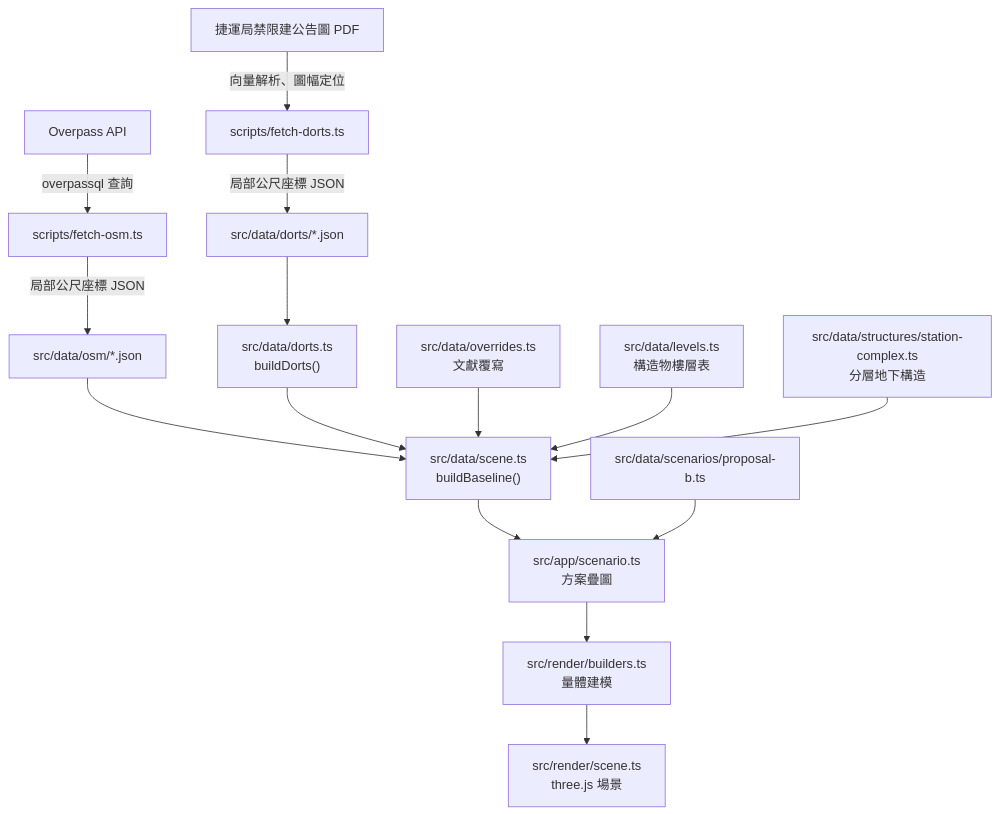
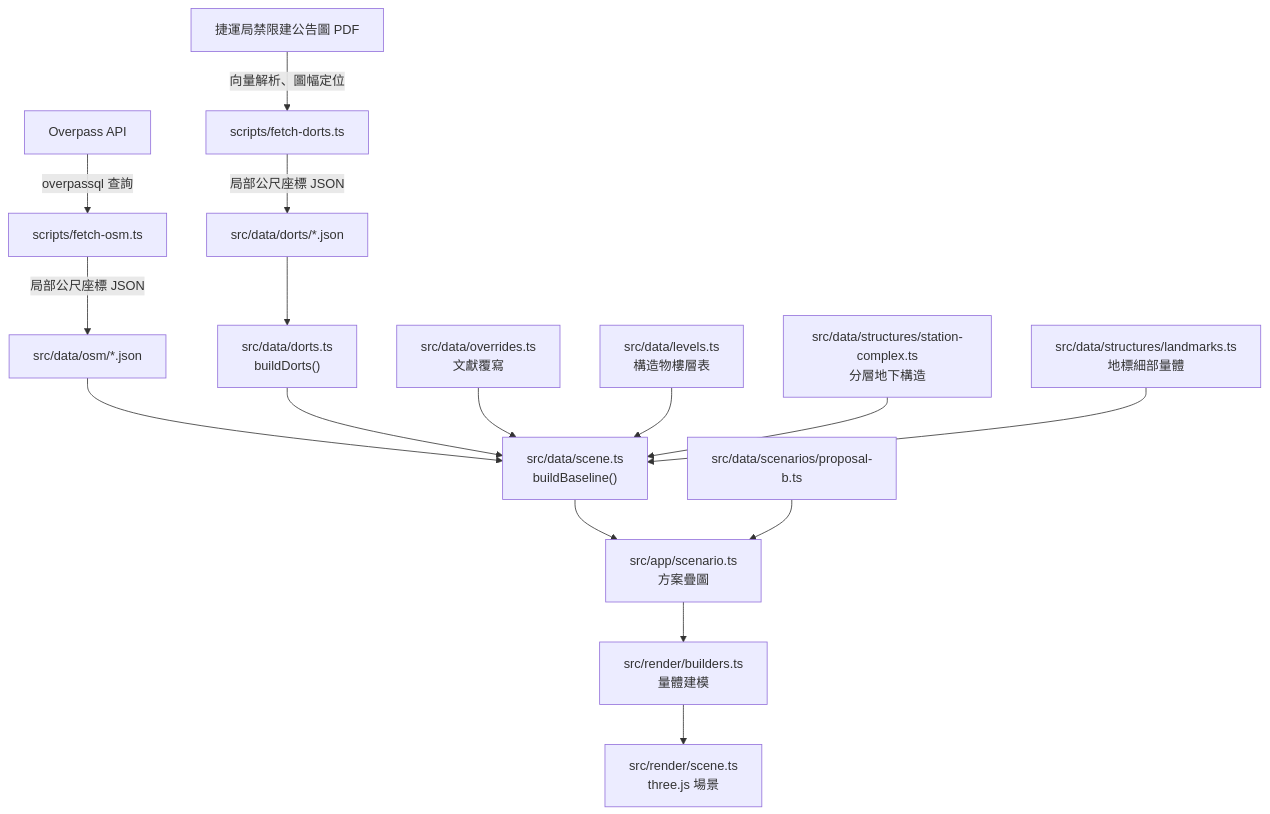
The diagram in docs/architecture.md (rschiang/kitameet), drawn with Mermaid before and after one commit. The commit also changed other lines of this file and 13 other files, not shown here.

````diff
--- a/docs/architecture.md
+++ b/docs/architecture.md
@@ -7,17 +7,18 @@
 ```mermaid
 graph TD
     overpass["Overpass API"] -- "overpassql 查詢" --> fetch["scripts/fetch-osm.ts"]
     fetch -- "局部公尺座標 JSON" --> osm["src/data/osm/*.json"]
     dortspdf["捷運局禁限建公告圖 PDF"] -- "向量解析、圖幅定位" --> fetchd["scripts/fetch-dorts.ts"]
     fetchd -- "局部公尺座標 JSON" --> dorts["src/data/dorts/*.json"]
     osm --> scene["src/data/scene.ts<br/>buildBaseline()"]
     dorts --> dortsmod["src/data/dorts.ts<br/>buildDorts()"]
     dortsmod --> scene
     overrides["src/data/overrides.ts<br/>文獻覆寫"] --> scene
     levels["src/data/levels.ts<br/>構造物樓層表"] --> scene
     structures["src/data/structures/station-complex.ts<br/>分層地下構造"] --> scene
+    landmarks["src/data/structures/landmarks.ts<br/>地標細部量體"] --> scene
     scene --> scenario["src/app/scenario.ts<br/>方案疊圖"]
     proposal["src/data/scenarios/proposal-b.ts"] --> scenario
     scenario --> builders["src/render/builders.ts<br/>量體建模"]
     builders --> viewer["src/render/scene.ts<br/>three.js 場景"]
 ```
````
